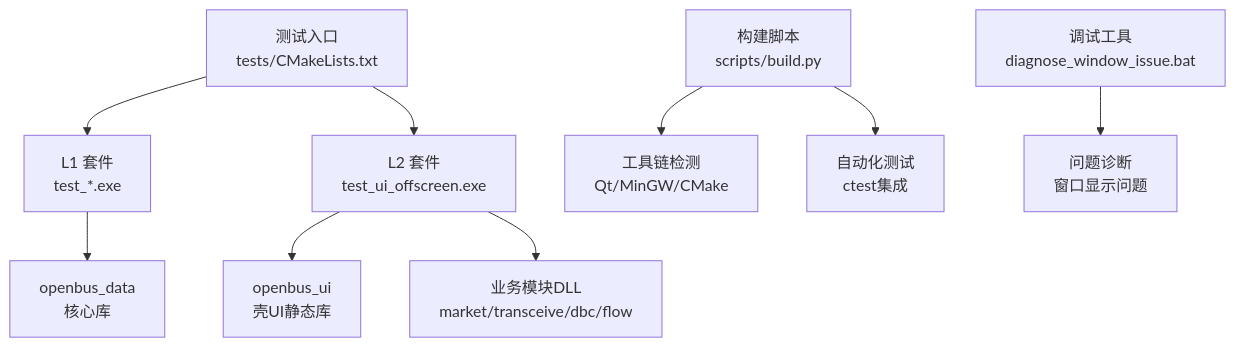
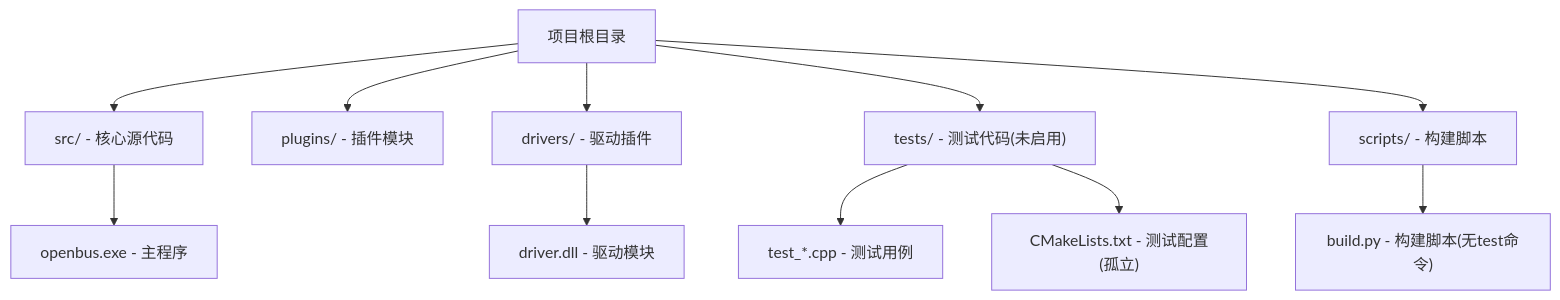
The first of 3 diagrams in .qoder/repowiki/zh/content/开发指南/自动化测试框架.md (jakecai1225-design/OpenBus), drawn with Mermaid before and after one commit. The commit also changed other lines of this file and 11 other files, not shown here.

````diff
--- a/.qoder/repowiki/zh/content/开发指南/自动化测试框架.md
+++ b/.qoder/repowiki/zh/content/开发指南/自动化测试框架.md
@@ -64,11 +52,13 @@
 ```mermaid
 graph TB
-A["测试入口<br/>tests/CMakeLists.txt"] --> B["L1 套件<br/>test_*.exe"]
-A --> C["L2 套件<br/>test_ui_offscreen.exe"]
-B --> F["openbus_data<br/>核心库"]
-C --> G["openbus_ui<br/>壳UI静态库"]
-C --> H["业务模块DLL<br/>market/transceive/dbc/flow"]
-O["构建脚本<br/>scripts/build.py"] --> P["工具链检测<br/>Qt/MinGW/CMake"]
-O --> Q["自动化测试<br/>ctest集成"]
-R["调试工具<br/>diagnose_window_issue.bat"] --> S["问题诊断<br/>窗口显示问题"]
+A["项目根目录"] --> B["src/ - 核心源代码"]
+A --> C["plugins/ - 插件模块"]
+A --> D["drivers/ - 驱动插件"]
+A --> E["tests/ - 测试代码(未启用)"]
+A --> F["scripts/ - 构建脚本"]
+E --> G["test_*.cpp - 测试用例"]
+E --> H["CMakeLists.txt - 测试配置(孤立)"]
+F --> I["build.py - 构建脚本(无test命令)"]
+B --> J["openbus.exe - 主程序"]
+D --> K["driver.dll - 驱动模块"]
 ```
````
